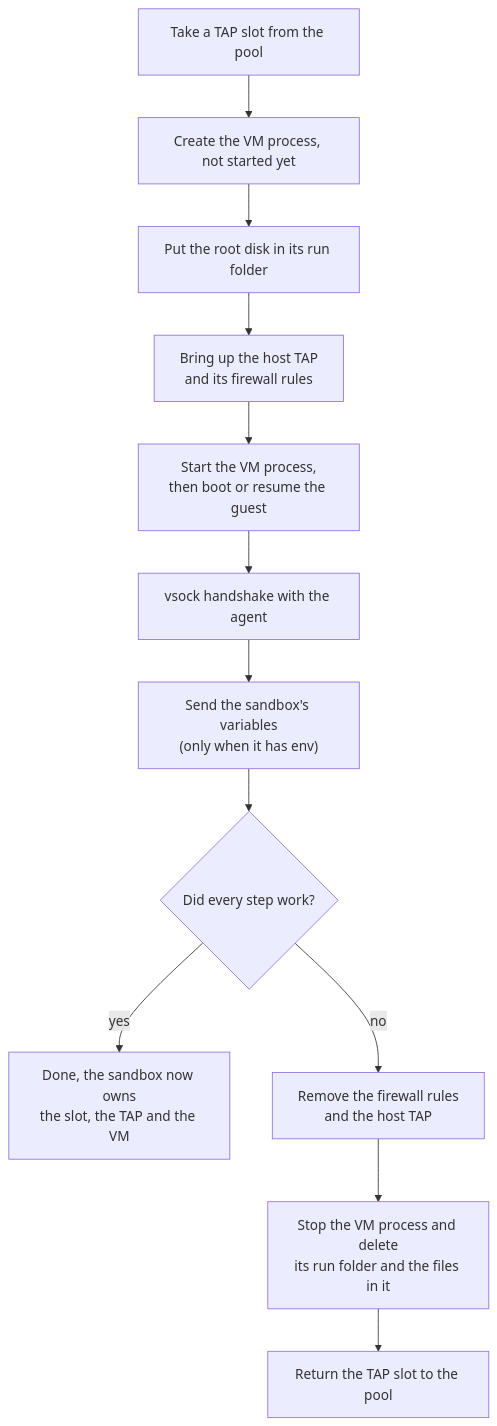
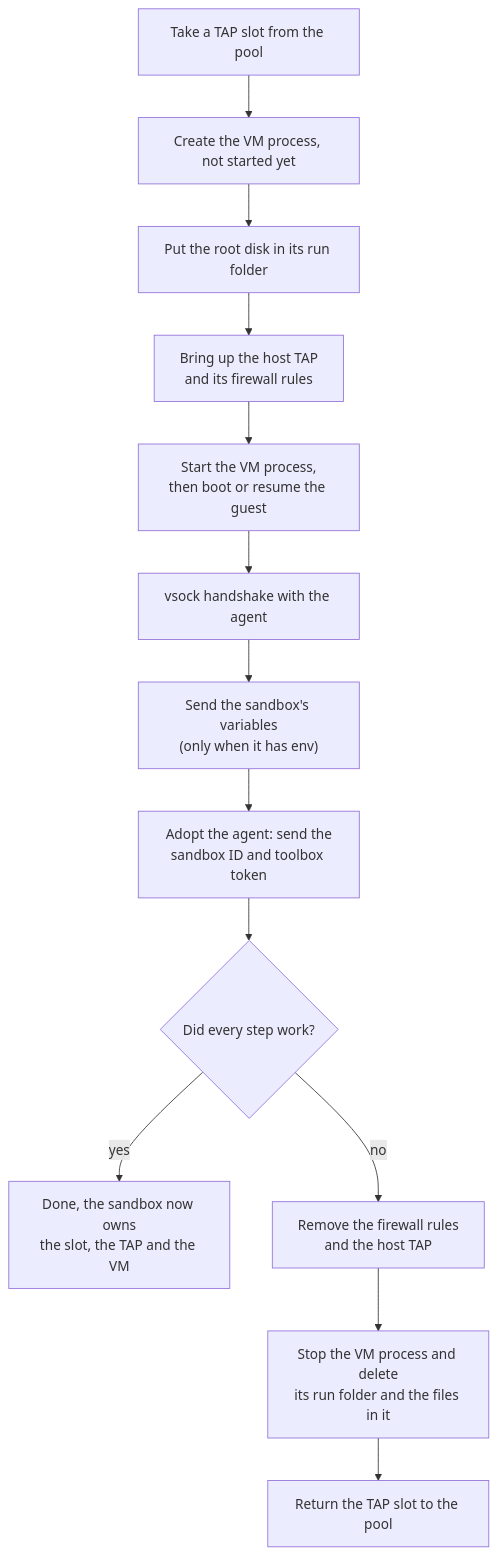
One commit to aerol-ai/microvm changed the fourth of 5 diagrams in docs/src/content/docs/firecracker-architecture.mdx. Above: the diagram before and after it, drawn with Mermaid. The commit also changed other lines of this file and 3 other files, not shown here.

````diff
--- a/docs/src/content/docs/firecracker-architecture.mdx
+++ b/docs/src/content/docs/firecracker-architecture.mdx
@@ -169,14 +172,15 @@
 ```mermaid
 flowchart TB
     S1["Take a TAP slot from the pool"] --> S2["Create the VM process, not started yet"]
     S2 --> S3["Put the root disk in its run folder"]
     S3 --> S4["Bring up the host TAP<br/>and its firewall rules"]
     S4 --> S5["Start the VM process,<br/>then boot or resume the guest"]
     S5 --> S6["vsock handshake with the agent"]
     S6 --> S7["Send the sandbox's variables<br/>(only when it has env)"]
-    S7 --> CHK{"Did every step work?"}
+    S7 --> S8["Adopt the agent: send the<br/>sandbox ID and toolbox token"]
+    S8 --> CHK{"Did every step work?"}
     CHK -- "yes" --> OK["Done, the sandbox now owns<br/>the slot, the TAP and the VM"]
     CHK -- "no" --> U1["Remove the firewall rules<br/>and the host TAP"]
     U1 --> U2["Stop the VM process and delete<br/>its run folder and the files in it"]
     U2 --> U3["Return the TAP slot to the pool"]
 ```
````
